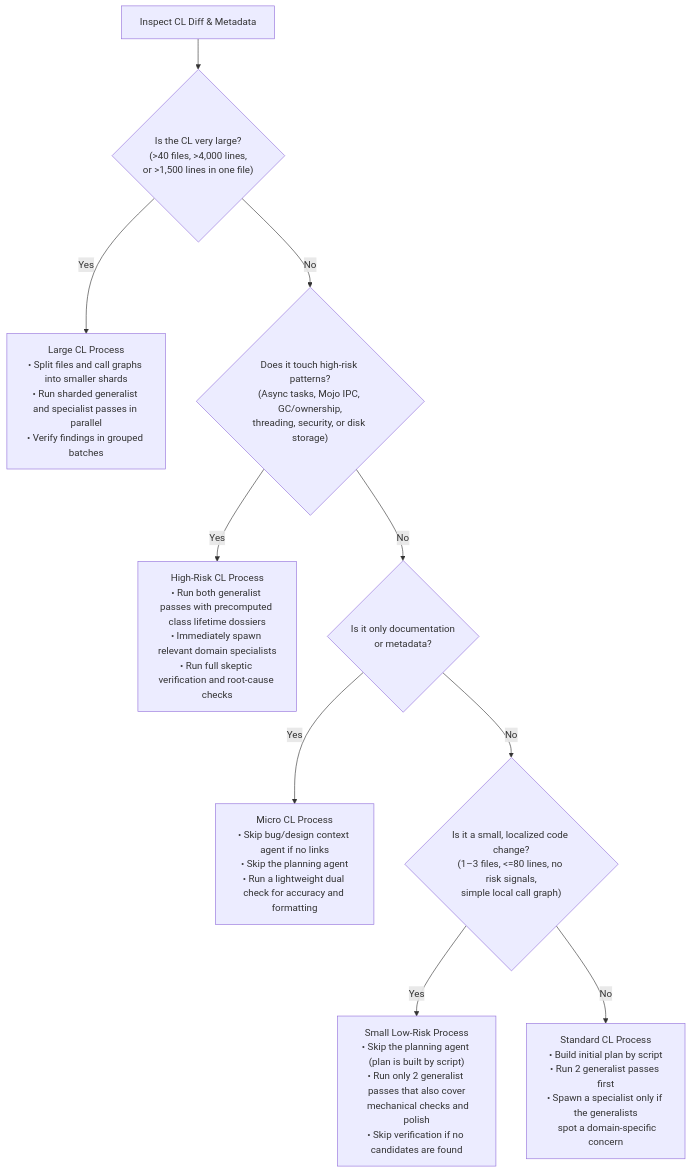
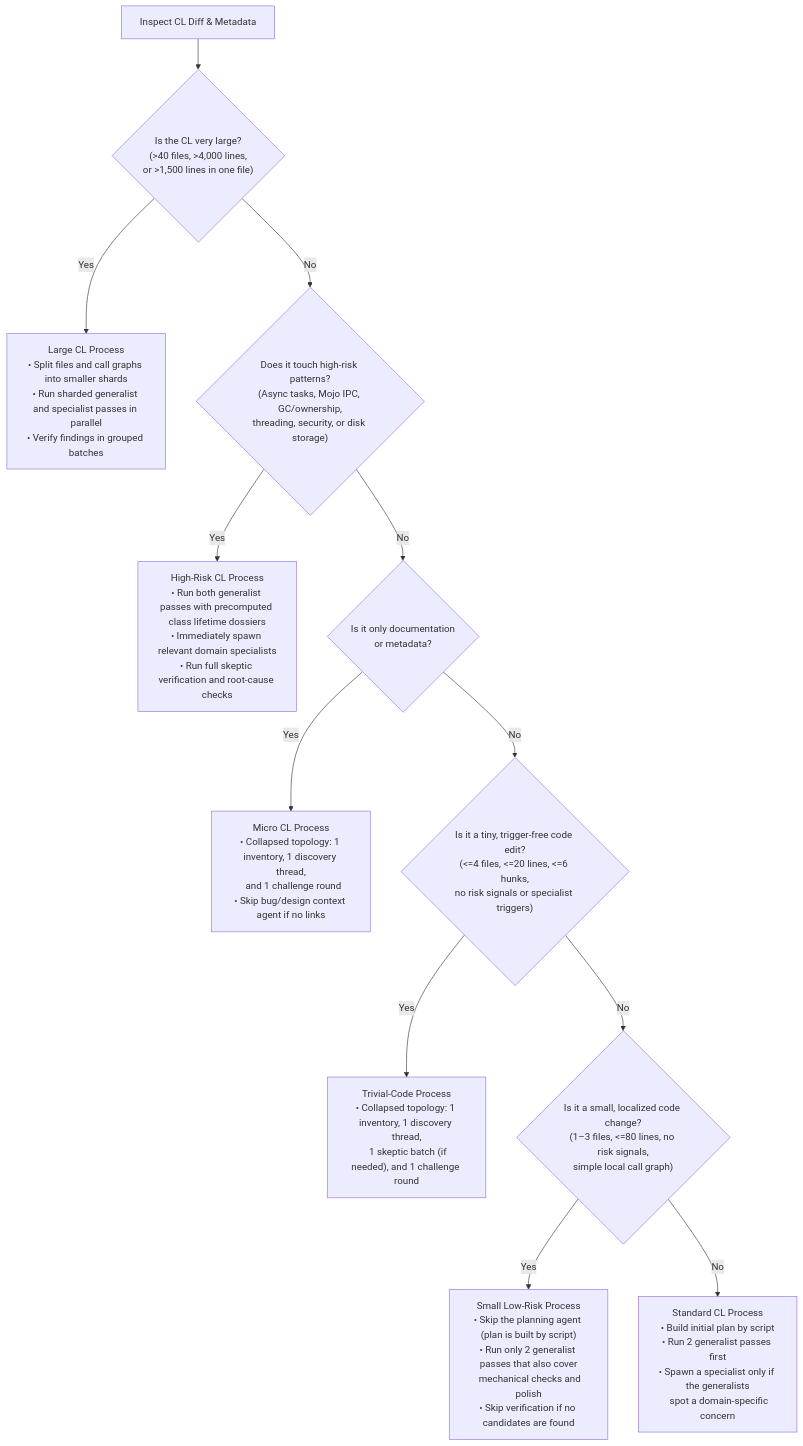
One commit to pmeenan/ai-skills changed the second of 3 diagrams in chromium-code-review/README.md. Above: the diagram before and after it, drawn with Mermaid. The commit also changed other lines of this file and 23 other files, not shown here.

````diff
--- a/chromium-code-review/README.md
+++ b/chromium-code-review/README.md
@@ -50,12 +50,14 @@
 ```mermaid
 flowchart TD
     Start["Inspect CL Diff & Metadata"] --> IsLarge{"Is the CL very large?<br/>(>40 files, >4,000 lines,<br/>or >1,500 lines in one file)"}
     IsLarge -- "Yes" --> Large["Large CL Process<br/>• Split files and call graphs into smaller shards<br/>• Run sharded generalist and specialist passes in parallel<br/>• Verify findings in grouped batches"]
     IsLarge -- "No" --> IsHighRisk{"Does it touch high-risk patterns?<br/>(Async tasks, Mojo IPC, GC/ownership,<br/>threading, security, or disk storage)"}
     IsHighRisk -- "Yes" --> HighRisk["High-Risk CL Process<br/>• Run both generalist passes with precomputed class lifetime dossiers<br/>• Immediately spawn relevant domain specialists<br/>• Run full skeptic verification and root-cause checks"]
     IsHighRisk -- "No" --> IsDocsOnly{"Is it only documentation<br/>or metadata?"}
-    IsDocsOnly -- "Yes" --> Micro["Micro CL Process<br/>• Skip bug/design context agent if no links<br/>• Skip the planning agent<br/>• Run a lightweight dual check for accuracy and formatting"]
-    IsDocsOnly -- "No" --> IsSmall{"Is it a small, localized code change?<br/>(1–3 files, <=80 lines, no risk signals,<br/>simple local call graph)"}
+    IsDocsOnly -- "Yes" --> Micro["Micro CL Process<br/>• Collapsed topology: 1 inventory, 1 discovery thread,<br/>  and 1 challenge round<br/>• Skip bug/design context agent if no links"]
+    IsDocsOnly -- "No" --> IsTrivialCode{"Is it a tiny, trigger-free code edit?<br/>(<=4 files, <=20 lines, <=6 hunks,<br/>no risk signals or specialist triggers)"}
+    IsTrivialCode -- "Yes" --> TrivialCode["Trivial-Code Process<br/>• Collapsed topology: 1 inventory, 1 discovery thread,<br/>  1 skeptic batch (if needed), and 1 challenge round"]
+    IsTrivialCode -- "No" --> IsSmall{"Is it a small, localized code change?<br/>(1–3 files, <=80 lines, no risk signals,<br/>simple local call graph)"}
     IsSmall -- "Yes" --> Small["Small Low-Risk Process<br/>• Skip the planning agent (plan is built by script)<br/>• Run only 2 generalist passes that also cover<br/>  mechanical checks and polish<br/>• Skip verification if no candidates are found"]
     IsSmall -- "No" --> Standard["Standard CL Process<br/>• Build initial plan by script<br/>• Run 2 generalist passes first<br/>• Spawn a specialist only if the generalists<br/>  spot a domain-specific concern"]
 ```
````
